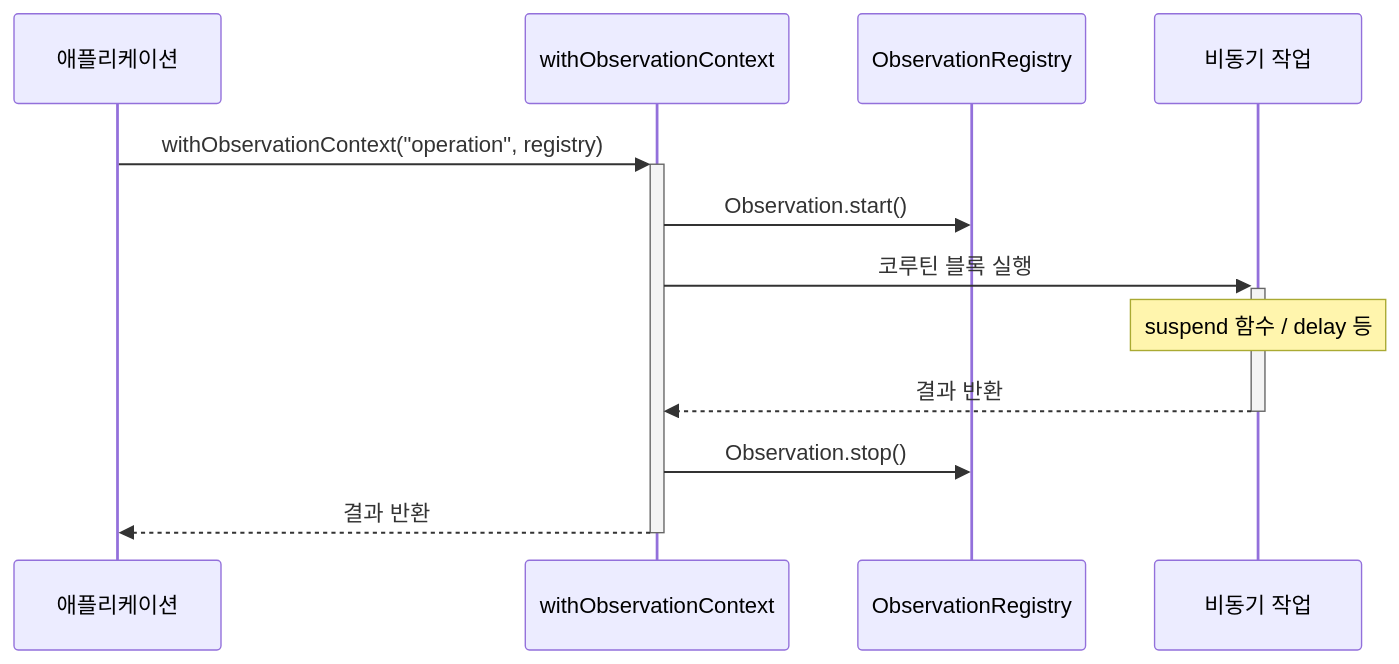
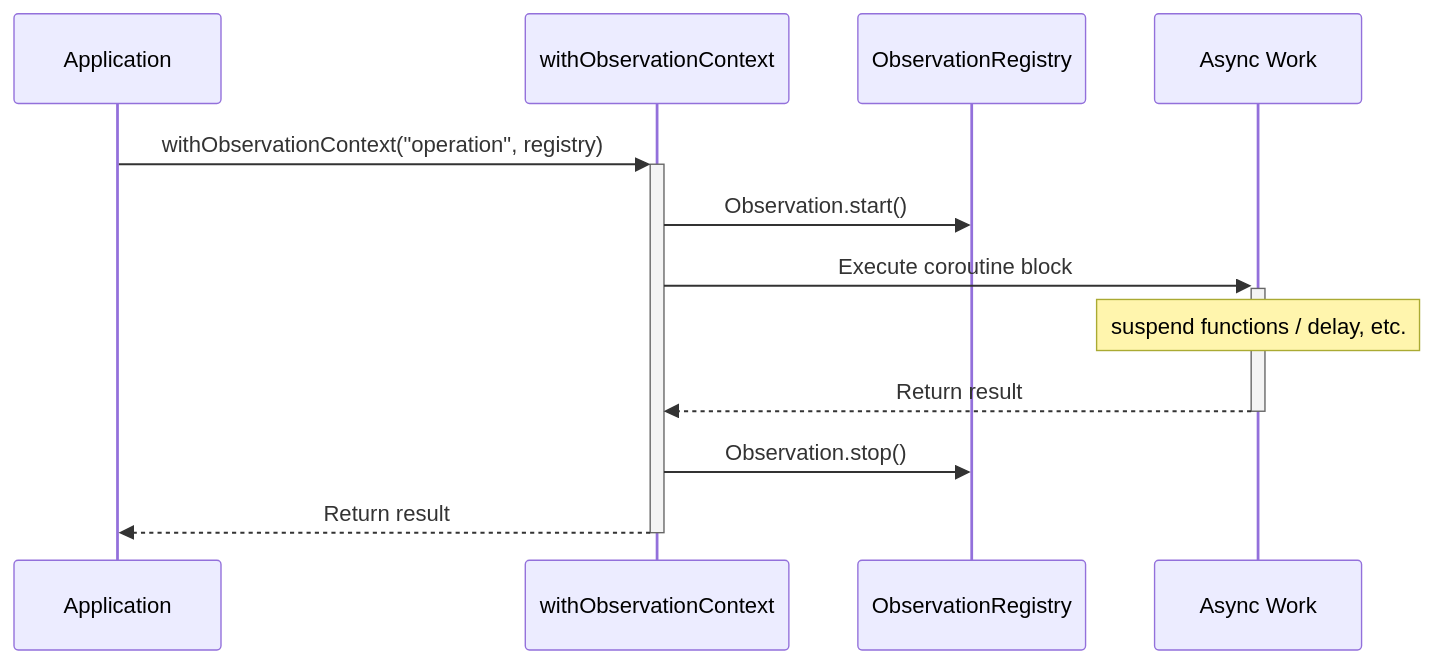
One commit to bluetape4k/bluetape4k-projects changed the fourth of 4 diagrams in infra/micrometer/README.md. Above: the diagram before and after it, drawn with Mermaid. The commit also changed other lines of this file and 265 other files, not shown here.

````diff
--- a/infra/micrometer/README.md
+++ b/infra/micrometer/README.md
@@ -334,15 +336,15 @@
 ```mermaid
 sequenceDiagram
-    participant App as 애플리케이션
+    participant App as Application
     participant Obs as withObservationContext
     participant Registry as ObservationRegistry
-    participant Work as 비동기 작업
+    participant Work as Async Work
 
     App->>+Obs: withObservationContext("operation", registry)
     Obs->>Registry: Observation.start()
-    Obs->>+Work: 코루틴 블록 실행
-    Note over Work: suspend 함수 / delay 등
-    Work-->>-Obs: 결과 반환
+    Obs->>+Work: Execute coroutine block
+    Note over Work: suspend functions / delay, etc.
+    Work-->>-Obs: Return result
     Obs->>Registry: Observation.stop()
-    Obs-->>-App: 결과 반환
+    Obs-->>-App: Return result
 ```
````
